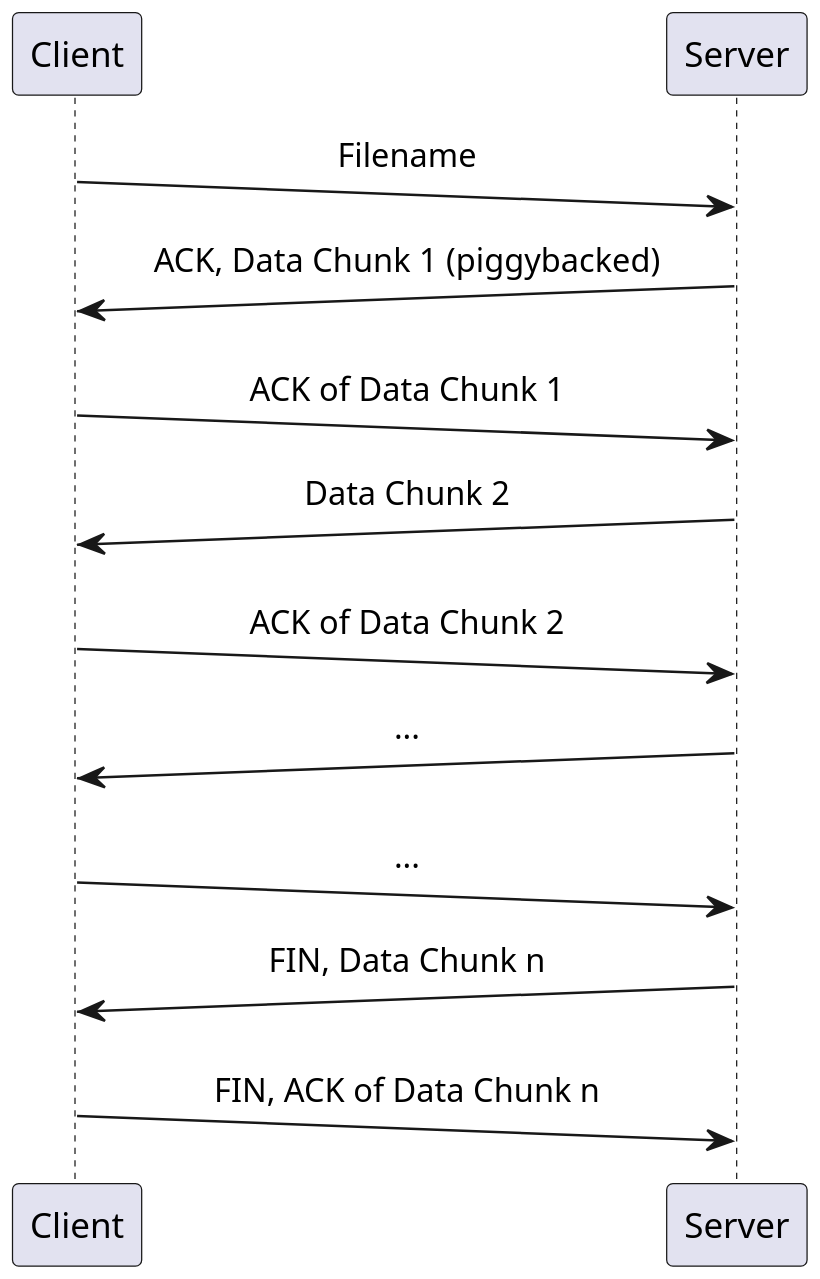
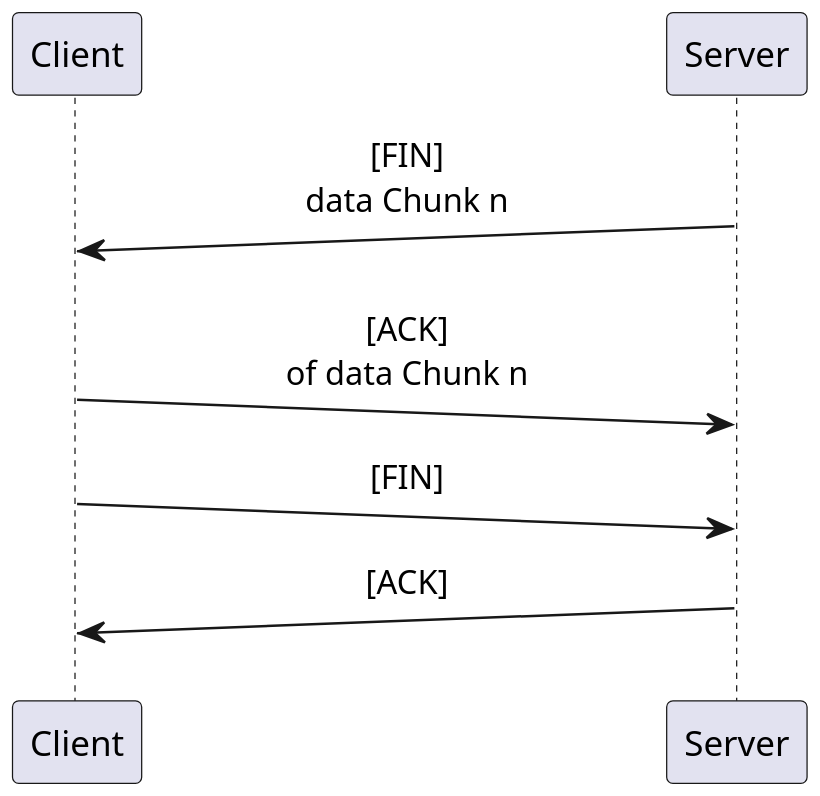
The second of 7 diagrams in informe.org (TheUDPs/TP1-Redes), drawn with PlantUML before and after one commit. The commit also changed other lines of this file and 7 other files, not shown here.

```diff
--- a/informe.org
+++ b/informe.org
@@ -242,19 +244,15 @@
 #+BEGIN_SRC plantuml :file docs/imgs/download.png :exports results
 @startuml
 skinparam sequenceMessageAlign center
 skinparam ParticipantPadding 100
 scale 2.0
 participant Client
 participant Server
 
-Client ->(10) Server : Filename
-Server ->(10) Client : ACK, Data Chunk 1 (piggybacked)
-Client ->(10) Server : ACK of Data Chunk 1
-Server ->(10) Client : Data Chunk 2
-Client ->(10) Server : ACK of Data Chunk 2
-Server ->(10) Client : ...
-Client ->(10) Server : ...
-Server ->(10) Client : FIN, Data Chunk n
-Client ->(10) Server : FIN, ACK of Data Chunk n
+Server ->(10) Client : [FIN]\ndata Chunk n
+Client ->(10) Server : [ACK]\nof data Chunk n
+Client ->(10) Server : [FIN]
+Server ->(10) Client : [ACK]
+
 @enduml
 #+END_SRC
```
